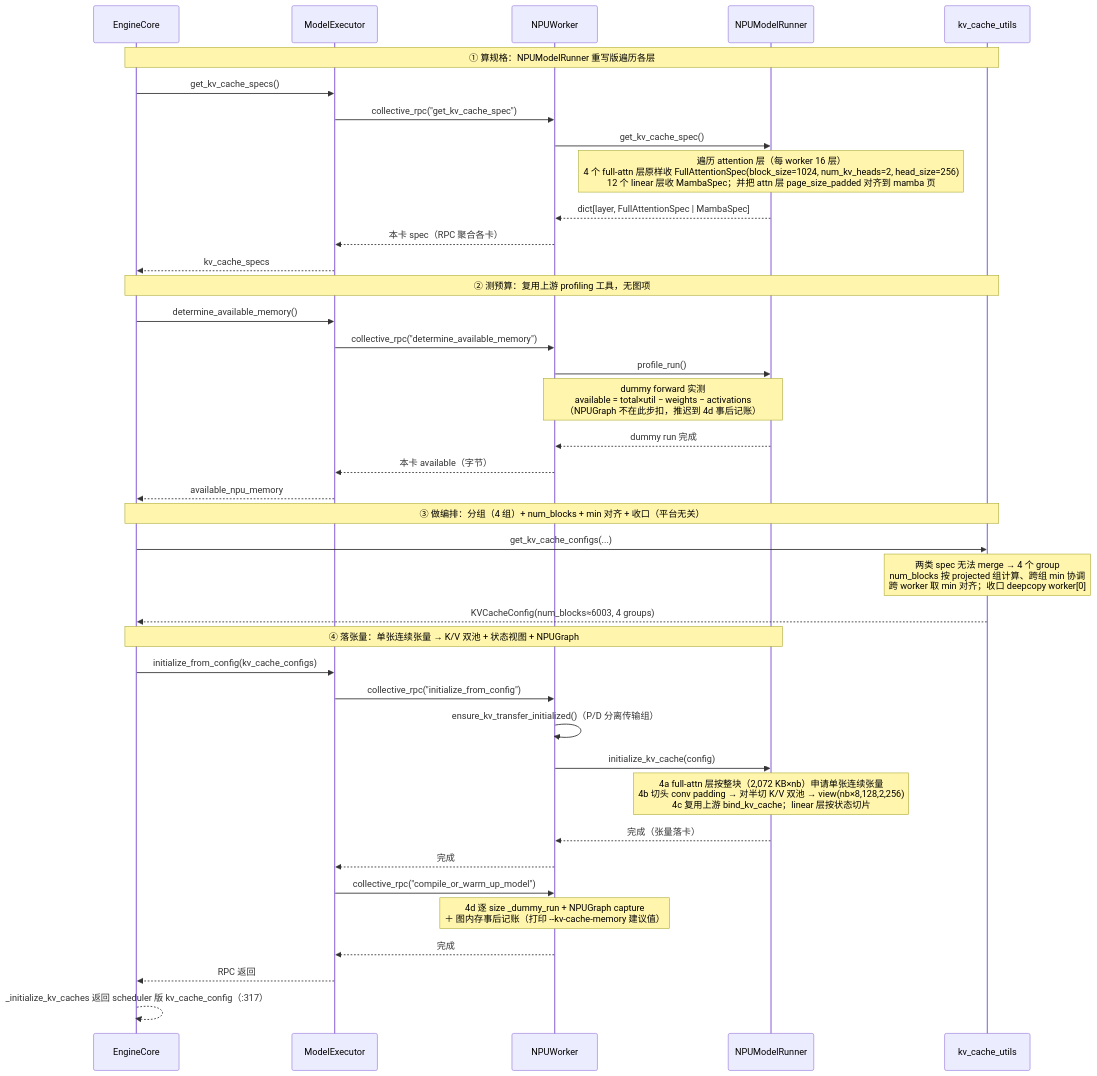
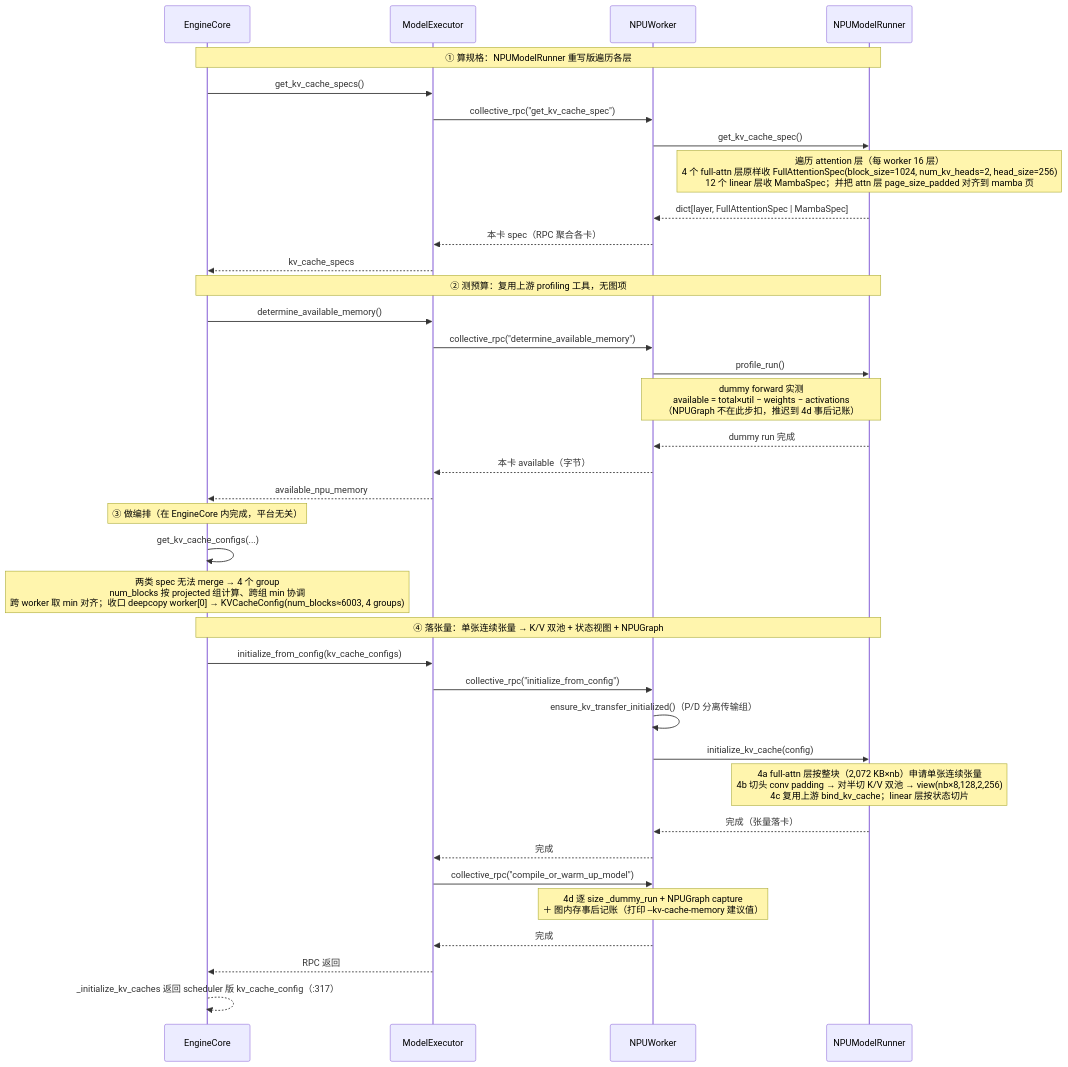
One commit to GoCHug/vllm changed the first of 2 diagrams in vllm/v1/core/kvcache_study/kvcache_docs/npu_hybrid/1_start_init.md. Above: the diagram before and after it, drawn with Mermaid. The commit also changed other lines of this file and 1 other file, not shown here.

````diff
--- a/vllm/v1/core/kvcache_study/kvcache_docs/npu_hybrid/1_start_init.md
+++ b/vllm/v1/core/kvcache_study/kvcache_docs/npu_hybrid/1_start_init.md
@@ -97,46 +71,44 @@
 ```mermaid
 %%{init: {"themeVariables": {"actorFontSize": "11px", "messageFontSize": "11px", "noteFontSize": "11px"}, "sequence": {"actorMargin": 40, "messageMargin": 16, "noteMargin": 8, "boxMargin": 8, "mirrorActors": true}}}%%
 sequenceDiagram
     participant EngineCore
     participant ModelExecutor
     participant NPUWorker
     participant NPUModelRunner
-    participant kv_cache_utils
 
-    Note over EngineCore,kv_cache_utils: ① 算规格：NPUModelRunner 重写版遍历各层
+    Note over EngineCore,NPUModelRunner: ① 算规格：NPUModelRunner 重写版遍历各层
     EngineCore->>ModelExecutor: get_kv_cache_specs()
     ModelExecutor->>NPUWorker: collective_rpc("get_kv_cache_spec")
     NPUWorker->>NPUModelRunner: get_kv_cache_spec()
     Note over NPUModelRunner: 遍历 attention 层（每 worker 16 层）<br/>4 个 full-attn 层原样收 FullAttentionSpec(block_size=1024, num_kv_heads=2, head_size=256)<br/>12 个 linear 层收 MambaSpec；并把 attn 层 page_size_padded 对齐到 mamba 页
     NPUModelRunner-->>NPUWorker: dict[layer, FullAttentionSpec | MambaSpec]
     NPUWorker-->>ModelExecutor: 本卡 spec（RPC 聚合各卡）
     ModelExecutor-->>EngineCore: kv_cache_specs
 
-    Note over EngineCore,kv_cache_utils: ② 测预算：复用上游 profiling 工具，无图项
+    Note over EngineCore,NPUModelRunner: ② 测预算：复用上游 profiling 工具，无图项
     EngineCore->>ModelExecutor: determine_available_memory()
     ModelExecutor->>NPUWorker: collective_rpc("determine_available_memory")
     NPUWorker->>NPUModelRunner: profile_run()
     Note over NPUWorker,NPUModelRunner: dummy forward 实测<br/>available = total×util − weights − activations<br/>（NPUGraph 不在此步扣，推迟到 4d 事后记账）
     NPUModelRunner-->>NPUWorker: dummy run 完成
     NPUWorker-->>ModelExecutor: 本卡 available（字节）
     ModelExecutor-->>EngineCore: available_npu_memory
 
-    Note over EngineCore,kv_cache_utils: ③ 做编排：分组（4 组）+ num_blocks + min 对齐 + 收口（平台无关）
-    EngineCore->>kv_cache_utils: get_kv_cache_configs(...)
-    Note over kv_cache_utils: 两类 spec 无法 merge → 4 个 group<br/>num_blocks 按 projected 组计算、跨组 min 协调<br/>跨 worker 取 min 对齐；收口 deepcopy worker[0]
-    kv_cache_utils-->>EngineCore: KVCacheConfig(num_blocks≈6003, 4 groups)
+    Note over EngineCore: ③ 做编排（在 EngineCore 内完成，平台无关）
+    EngineCore->>EngineCore: get_kv_cache_configs(...)
+    Note over EngineCore: 两类 spec 无法 merge → 4 个 group<br/>num_blocks 按 projected 组计算、跨组 min 协调<br/>跨 worker 取 min 对齐；收口 deepcopy worker[0] → KVCacheConfig(num_blocks≈6003, 4 groups)
 
     Note over EngineCore,NPUModelRunner: ④ 落张量：单张连续张量 → K/V 双池 + 状态视图 + NPUGraph
     EngineCore->>ModelExecutor: initialize_from_config(kv_cache_configs)
     ModelExecutor->>NPUWorker: collective_rpc("initialize_from_config")
     NPUWorker->>NPUWorker: ensure_kv_transfer_initialized()（P/D 分离传输组）
     NPUWorker->>NPUModelRunner: initialize_kv_cache(config)
     Note over NPUModelRunner: 4a full-attn 层按整块（2,072 KB×nb）申请单张连续张量<br/>4b 切头 conv padding → 对半切 K/V 双池 → view(nb×8,128,2,256)<br/>4c 复用上游 bind_kv_cache；linear 层按状态切片
     NPUModelRunner-->>NPUWorker: 完成（张量落卡）
     NPUWorker-->>ModelExecutor: 完成
     ModelExecutor->>NPUWorker: collective_rpc("compile_or_warm_up_model")
     Note over NPUWorker: 4d 逐 size _dummy_run + NPUGraph capture<br/>＋ 图内存事后记账（打印 --kv-cache-memory 建议值）
     NPUWorker-->>ModelExecutor: 完成
     ModelExecutor-->>EngineCore: RPC 返回
     EngineCore-->>EngineCore: _initialize_kv_caches 返回 scheduler 版 kv_cache_config（:317）
 ```
````
